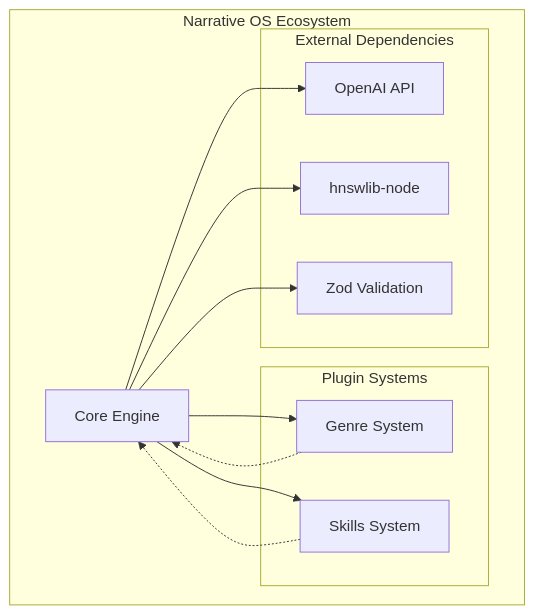
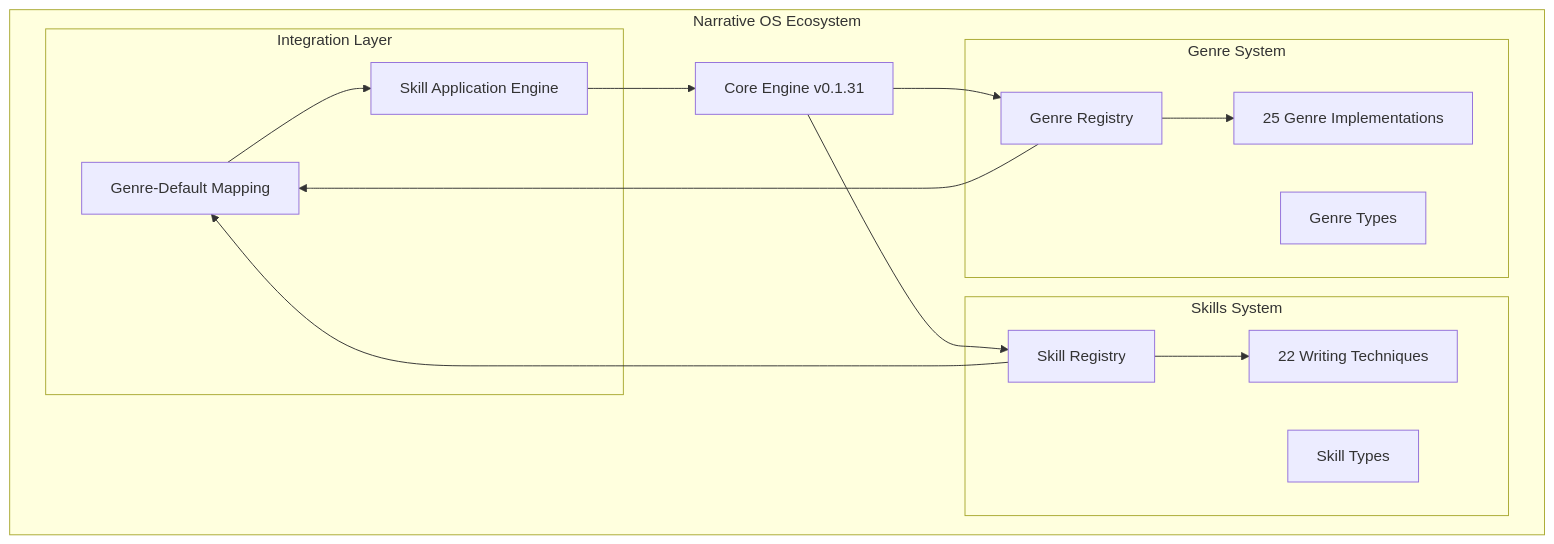
One commit to liwonder/NARRITIVE_OS changed the first of 4 diagrams in .qoder/repowiki/en/content/Genre and Skills Systems.md. Above: the diagram before and after it, drawn with Mermaid. The commit also changed other lines of this file and 14 other files, not shown here.

````diff
--- a/.qoder/repowiki/en/content/Genre and Skills Systems.md
+++ b/.qoder/repowiki/en/content/Genre and Skills Systems.md
@@ -33,22 +54,28 @@
 ```mermaid
 graph TB
 subgraph "Narrative OS Ecosystem"
-Engine[Core Engine]
-subgraph "Plugin Systems"
-Genres[Genre System]
-Skills[Skills System]
+Engine[Core Engine v0.1.31]
+subgraph "Genre System"
+GenreRegistry[Genre Registry]
+GenreTypes[Genre Types]
+GenreImplementations[25 Genre Implementations]
 end
-subgraph "External Dependencies"
-OpenAI[OpenAI API]
-HNSW[hnswlib-node]
-Zod[Zod Validation]
+subgraph "Skills System"
+SkillRegistry[Skill Registry]
+SkillTypes[Skill Types]
+SkillImplementations[22 Writing Techniques]
+end
+subgraph "Integration Layer"
+GenreDefaults[Genre-Default Mapping]
+SkillApplications[Skill Application Engine]
 end
 end
-Engine --> Genres
-Engine --> Skills
-Engine --> OpenAI
-Engine --> HNSW
-Engine --> Zod
-Genres -.-> Engine
-Skills -.-> Engine
+Engine --> GenreRegistry
+Engine --> SkillRegistry
+GenreRegistry --> GenreImplementations
+SkillRegistry --> SkillImplementations
+GenreRegistry --> GenreDefaults
+SkillRegistry --> GenreDefaults
+GenreDefaults --> SkillApplications
+SkillApplications --> Engine
 ```
````
